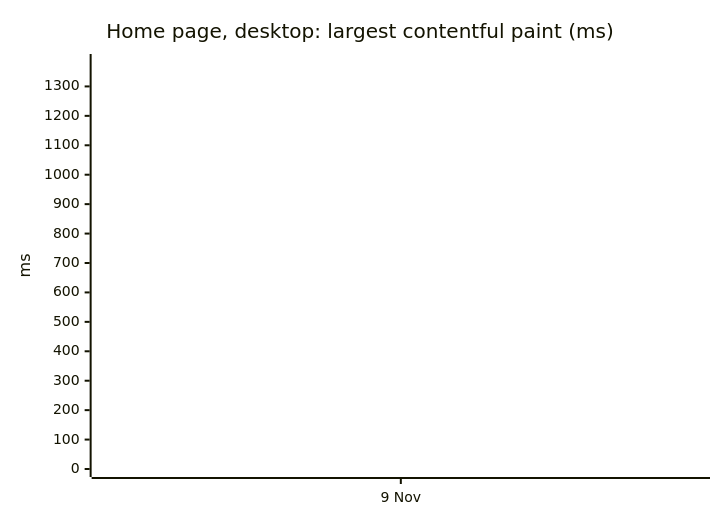
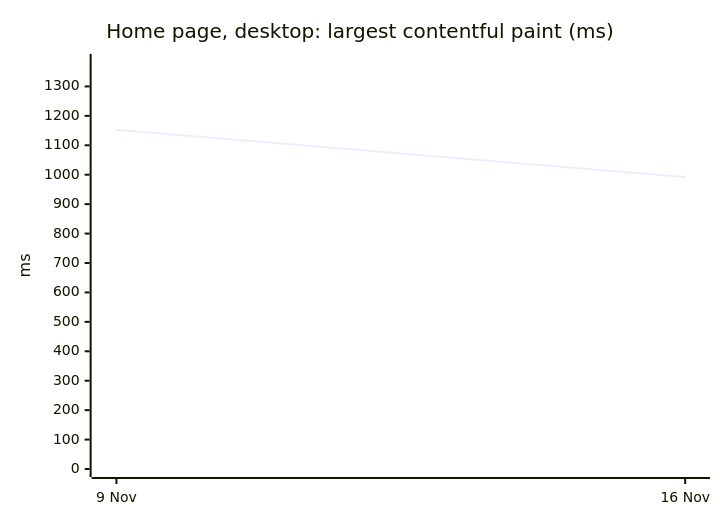
One commit to chiragdev1/ckauth changed the second of 5 diagrams in README.md. Above: the diagram before and after it, drawn with Mermaid. The commit also changed other lines of this file and 1 other file, not shown here.

````diff
--- a/README.md
+++ b/README.md
@@ -47,7 +47,7 @@
 ```mermaid
 xychart-beta
   title "Home page, desktop: largest contentful paint (ms)"
-  x-axis ["9 Nov"]
+  x-axis ["9 Nov", "16 Nov"]
   y-axis "ms" 0 --> 1383
-  line [1152]
+  line [1152, 992]
 ```
````
